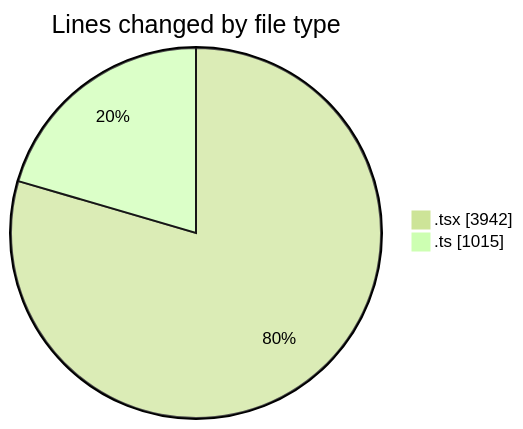
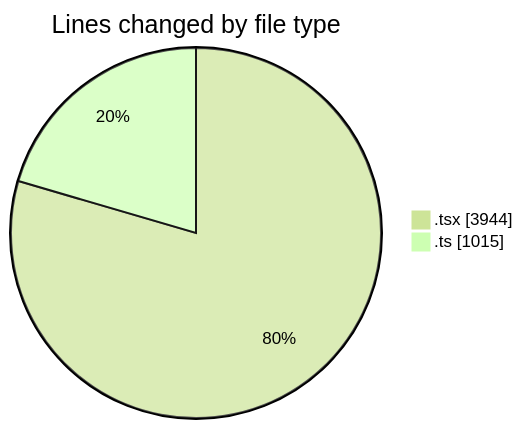
One commit to momahboobian/code-tracking changed the first of 2 diagrams in 2025-07-02/cda/README.md. Above: the diagram before and after it, drawn with Mermaid (forest theme). The commit also changed other lines of this file and 1 other file, not shown here.

````diff
--- a/2025-07-02/cda/README.md
+++ b/2025-07-02/cda/README.md
@@ -32,6 +32,6 @@
 ```mermaid
 pie showData
 title Lines changed by file type
-".tsx" : 3942
+".tsx" : 3944
 ".ts" : 1015
 ```
````
